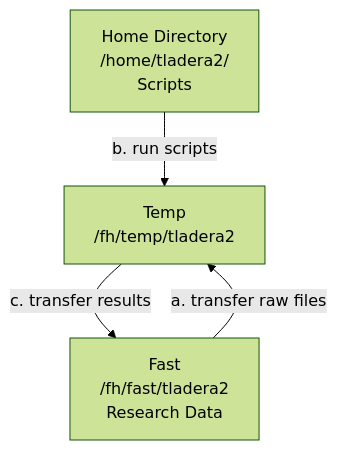
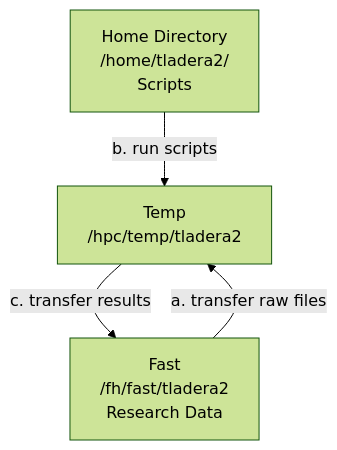
One commit to fhdsl/bash_for_bio changed the second of 5 diagrams in miscellaneous.qmd. Above: the diagram before and after it, drawn with Mermaid (forest theme). The commit also changed other lines of this file and 16 other files, not shown here.

````diff
--- a/miscellaneous.qmd
+++ b/miscellaneous.qmd
@@ -52,6 +52,6 @@
 ```{mermaid}
 graph TD
     A["Home Directory\n/home/tladera2/\nScripts"] --"b. run scripts"--> C
     B["Fast\n/fh/fast/tladera2\nResearch Data"] --"a. transfer raw files"--> C
-    C["Temp\n/fh/temp/tladera2"] --"c. transfer results"--> B
+    C["Temp\n/hpc/temp/tladera2"] --"c. transfer results"--> B
 ```
````
